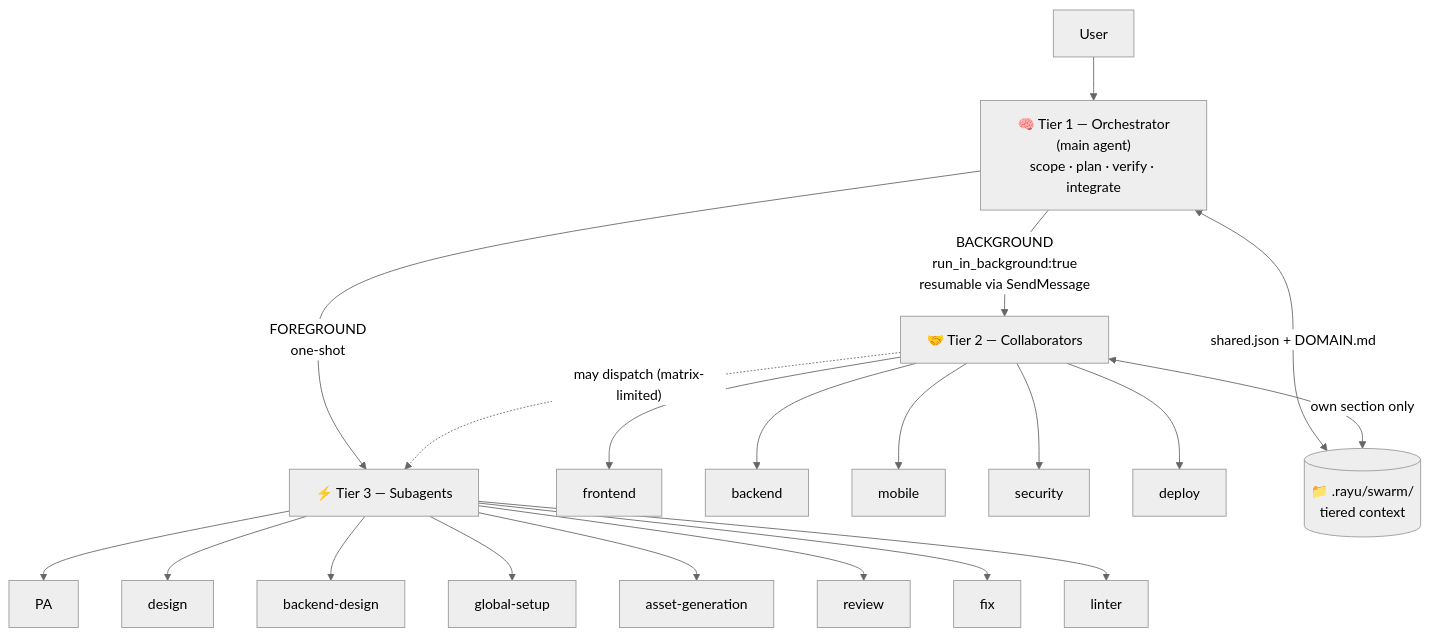
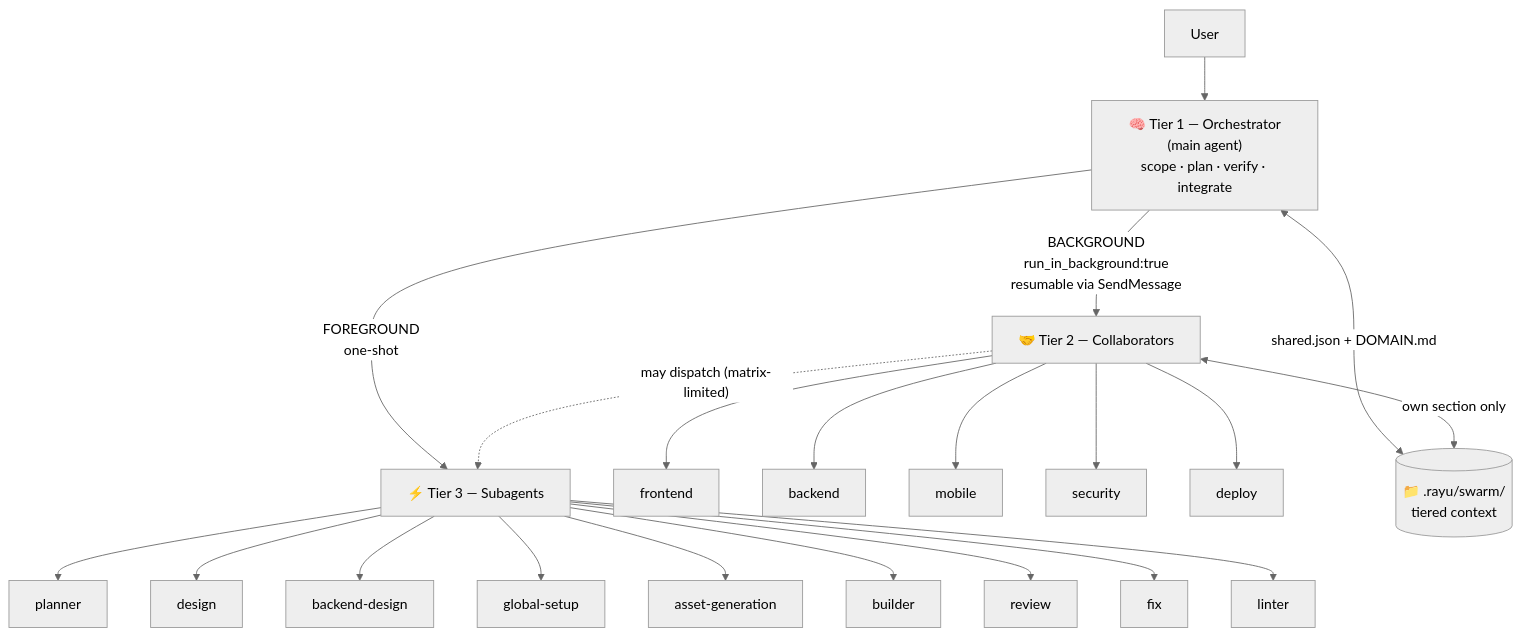
One commit to Choeng-Rayu/rayu-cli changed the third of 12 diagrams in rayu/architecture/ARCHITECTURE.md. Above: the diagram before and after it, drawn with Mermaid (neutral theme). The commit also changed other lines of this file and 81 other files, not shown here.

````diff
--- a/rayu/architecture/ARCHITECTURE.md
+++ b/rayu/architecture/ARCHITECTURE.md
@@ -174,27 +174,28 @@
 ```mermaid
 graph TD
     U["User"] --> O["🧠 Tier 1 — Orchestrator<br>(main agent)<br>scope · plan · verify · integrate"]
 
     O -->|"BACKGROUND<br>run_in_background:true<br>resumable via SendMessage"| C1["🤝 Tier 2 — Collaborators"]
     O -->|"FOREGROUND<br>one-shot"| S1["⚡ Tier 3 — Subagents"]
 
     C1 --> FE["frontend"]
     C1 --> BE["backend"]
     C1 --> MOB["mobile"]
     C1 --> SEC["security"]
     C1 --> DEP["deploy"]
 
     C1 -.->|"may dispatch (matrix-limited)"| S1
 
-    S1 --> PA["PA"]
+    S1 --> PL["planner"]
     S1 --> DSN["design"]
     S1 --> BDS["backend-design"]
     S1 --> GS["global-setup"]
     S1 --> ASSET["asset-generation"]
+    S1 --> BLD["builder"]
     S1 --> REV["review"]
     S1 --> FIX["fix"]
     S1 --> LINT["linter"]
 
     O <-->|"shared.json + DOMAIN.md"| CTX[("📁 .rayu/swarm/<br>tiered context")]
     C1 <-->|"own section only"| CTX
 ```
````
